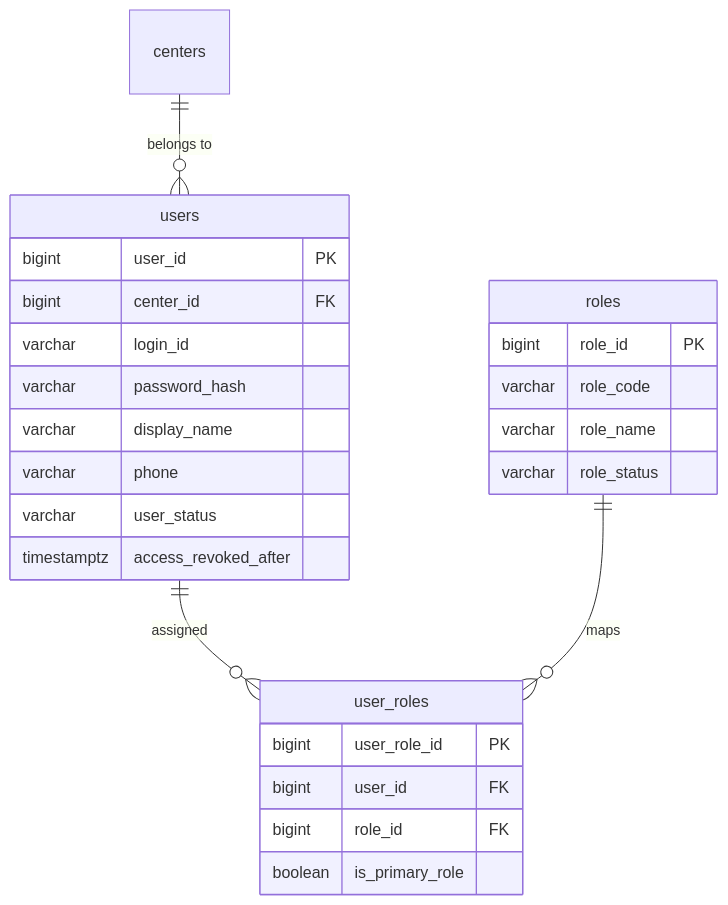
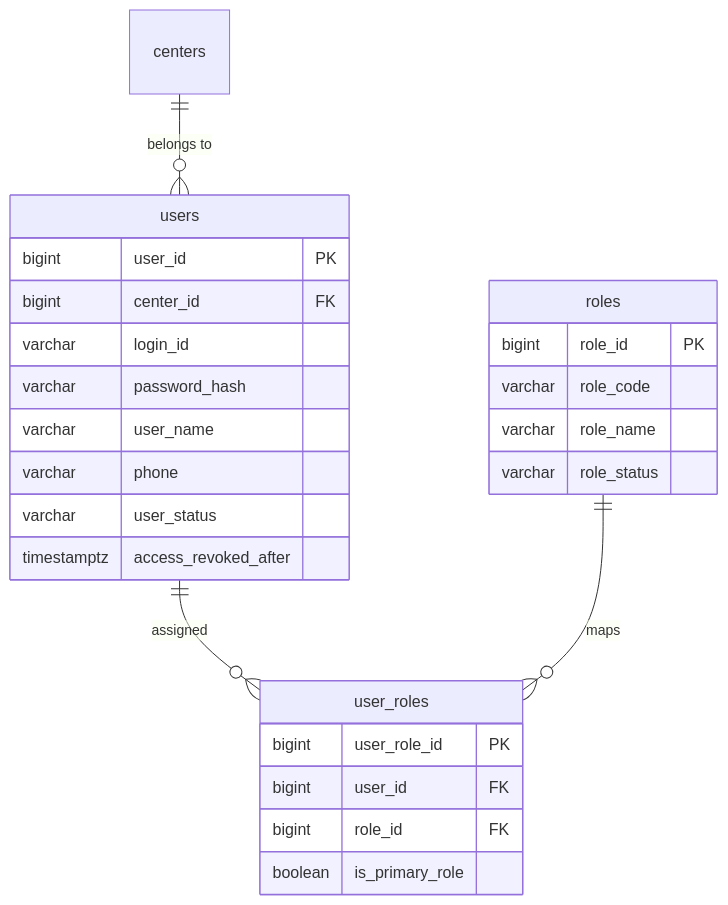
The diagram in docs/plans/2026-03-23-refactor-role-storage-alignment-with-database-design-plan.md (Again-D/GymCRM_V2), drawn with Mermaid before and after one commit. The commit also changed 70 other files, not shown here.

Commit message:
feat: add canonical trainer settlements and rename userName contract

````diff
--- a/docs/plans/2026-03-23-refactor-role-storage-alignment-with-database-design-plan.md
+++ b/docs/plans/2026-03-23-refactor-role-storage-alignment-with-database-design-plan.md
@@ -93,31 +93,31 @@
 ```mermaid
 erDiagram
     centers ||--o{ users : "belongs to"
     users ||--o{ user_roles : "assigned"
     roles ||--o{ user_roles : "maps"
 
     users {
         bigint user_id PK
         bigint center_id FK
         varchar login_id
         varchar password_hash
-        varchar display_name
+        varchar user_name
         varchar phone
         varchar user_status
         timestamptz access_revoked_after
     }
 
     roles {
         bigint role_id PK
         varchar role_code
         varchar role_name
         varchar role_status
     }
 
     user_roles {
         bigint user_role_id PK
         bigint user_id FK
         bigint role_id FK
         boolean is_primary_role
     }
 ```
````
